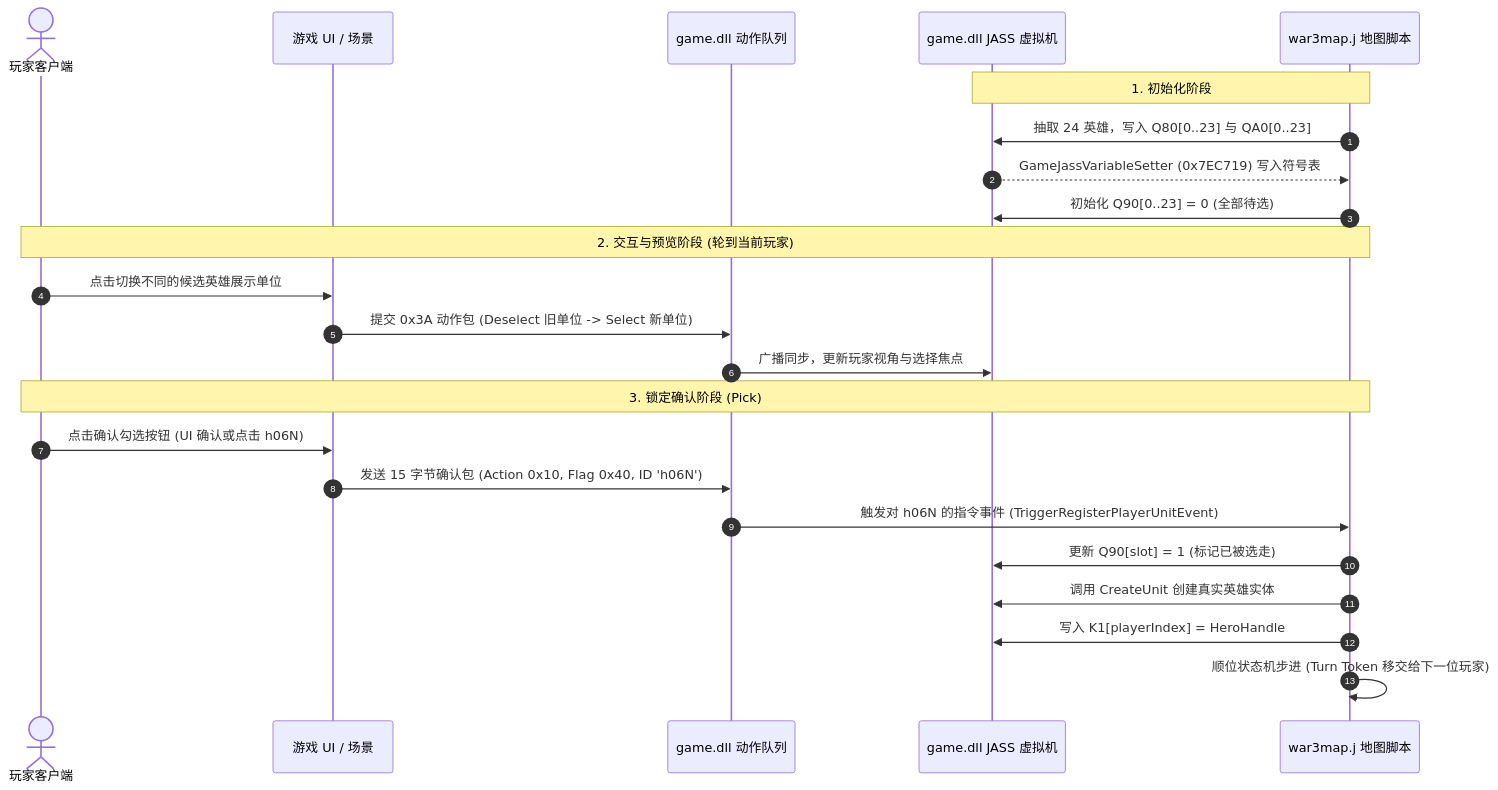
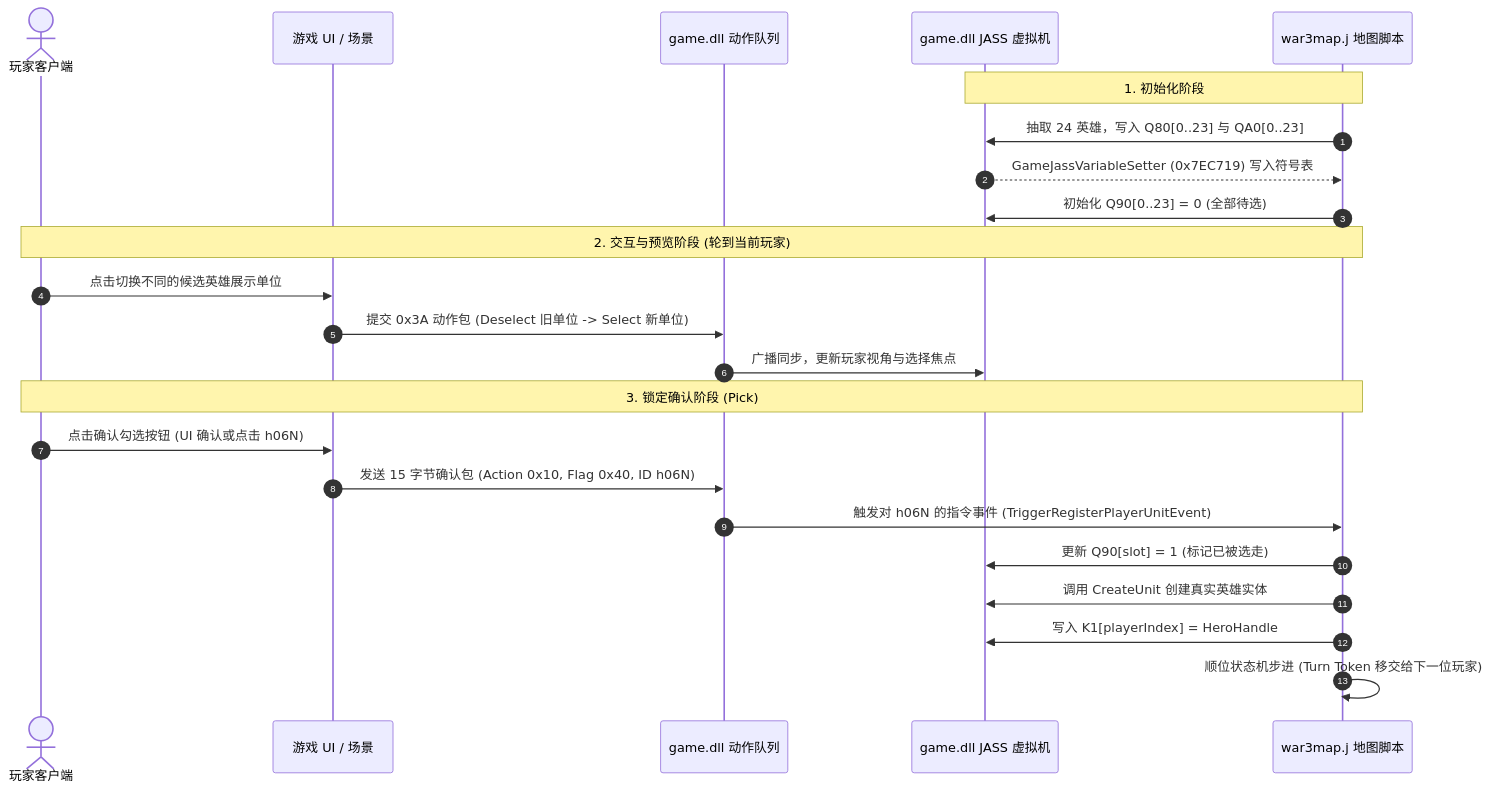
One commit to wuxiancong/War3Analysis changed the second of 4 diagrams in analyses/dota-rd-and-sd-mode-mindmap.md. Above: the diagram before and after it, drawn with Mermaid. The commit also changed other lines of this file, not shown here.

````diff
--- a/analyses/dota-rd-and-sd-mode-mindmap.md
+++ b/analyses/dota-rd-and-sd-mode-mindmap.md
@@ -54,28 +54,28 @@
 ```mermaid
 sequenceDiagram
     autonumber
     actor Player as 玩家客户端
     participant UI as 游戏 UI / 场景
     participant ActionQueue as game.dll 动作队列
     participant JassVM as game.dll JASS 虚拟机
     participant JassScript as war3map.j 地图脚本
 
     Note over JassScript, JassVM: 1. 初始化阶段
     JassScript->>JassVM: 抽取 24 英雄，写入 Q80[0..23] 与 QA0[0..23]
     JassVM-->>JassScript: GameJassVariableSetter (0x7EC719) 写入符号表
     JassScript->>JassVM: 初始化 Q90[0..23] = 0 (全部待选)
 
     Note over Player, JassScript: 2. 交互与预览阶段 (轮到当前玩家)
     Player->>UI: 点击切换不同的候选英雄展示单位
     UI->>ActionQueue: 提交 0x3A 动作包 (Deselect 旧单位 -> Select 新单位)
     ActionQueue->>JassVM: 广播同步，更新玩家视角与选择焦点
 
     Note over Player, JassScript: 3. 锁定确认阶段 (Pick)
     Player->>UI: 点击确认勾选按钮 (UI 确认或点击 h06N)
-    UI->>ActionQueue: 发送 15 字节确认包 (Action 0x10, Flag 0x40, ID 'h06N')
+    UI->>ActionQueue: 发送 15 字节确认包 (Action 0x10, Flag 0x40, ID h06N)
     ActionQueue->>JassScript: 触发对 h06N 的指令事件 (TriggerRegisterPlayerUnitEvent)
     JassScript->>JassVM: 更新 Q90[slot] = 1 (标记已被选走)
     JassScript->>JassVM: 调用 CreateUnit 创建真实英雄实体
     JassScript->>JassVM: 写入 K1[playerIndex] = HeroHandle
     JassScript->>JassScript: 顺位状态机步进 (Turn Token 移交给下一位玩家)
 ```
````
